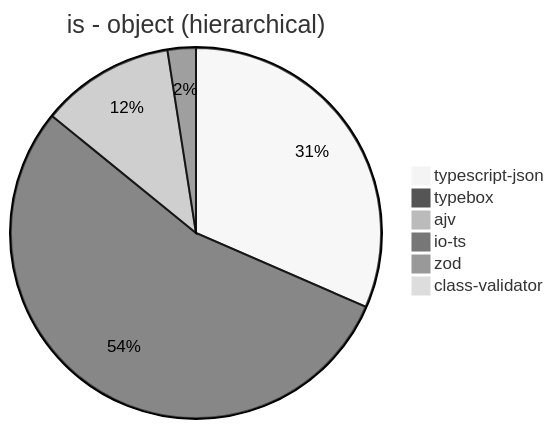
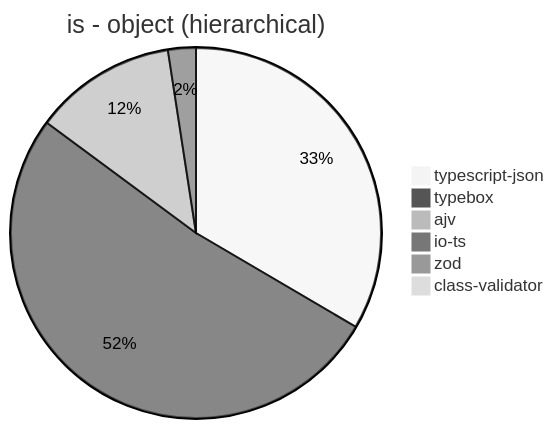
Before and after one commit to samchon/typia: the first of 39 diagrams in benchmark/results/11th Gen Intel(R) Core(TM) i5-1135G7 @ 2.40GHz.md, drawn with Mermaid (neutral theme). The commit also changed other lines of this file and 6 other files, not shown here.

````diff
--- a/benchmark/results/11th Gen Intel(R) Core(TM) i5-1135G7 @ 2.40GHz.md
+++ b/benchmark/results/11th Gen Intel(R) Core(TM) i5-1135G7 @ 2.40GHz.md
@@ -21,9 +21,9 @@
 ```mermaid
 pie title is - object (hierarchical)
-  "typescript-json": 109269.15555555555
-  "typebox": 188332.40843507214
-  "ajv": 40425.05962208769
-  "io-ts": 8559.404096834265
-  "zod": 372.69772481040087
-  "class-validator": 63.662896753009846
+  "typescript-json": 111761.74682144832
+  "typebox": 172630.19810815636
+  "ajv": 41537.56079985588
+  "io-ts": 8124.932102118414
+  "zod": 376.022767698328
+  "class-validator": 62.681686046511636
 ```
````
